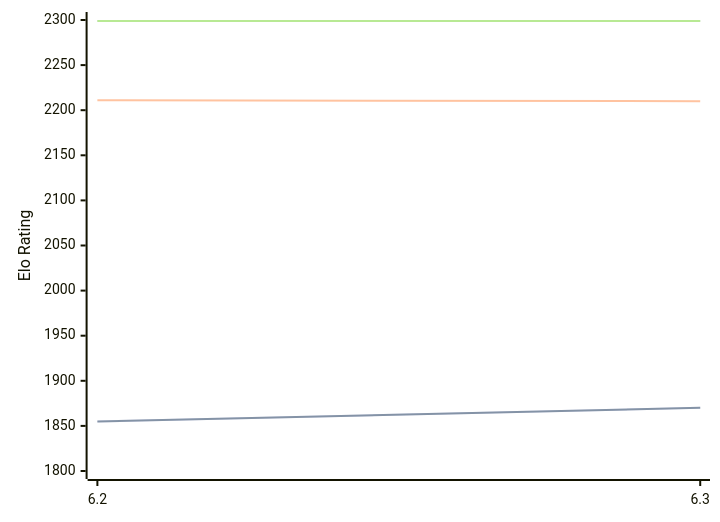
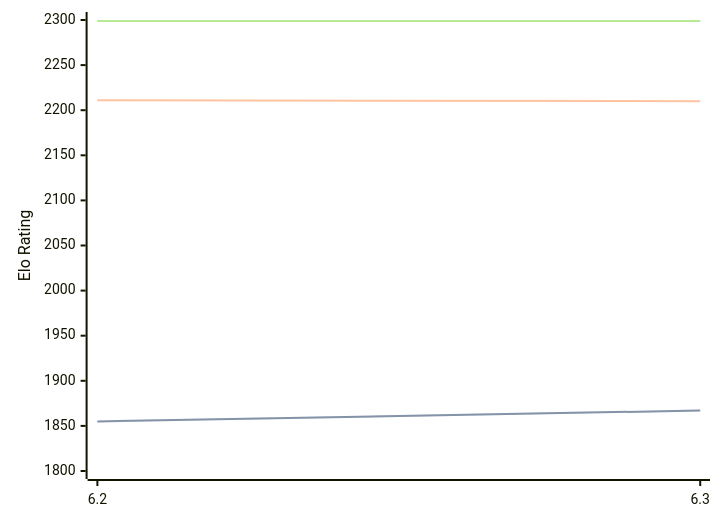
Before and after one commit to computer-chess-index/cci: the diagram in engines/chess4j.md, drawn with Mermaid. The commit also changed other lines of this file, not shown here.

````diff
--- a/engines/chess4j.md
+++ b/engines/chess4j.md
@@ -32,11 +32,11 @@
 ```mermaid
 %%{init: {"theme":"base","themeVariables":{"seriesColors:['#a3a3a3','#222221','#faa371']}}}%%
 xychart-beta
   x-axis ["6.2", "6.3"]
   y-axis "Elo Rating" 1800 --> 2300
-  line "" [1855, 1870]
-  line "STC (8.0+0.08s)" [1855, 1870]
+  line "" [1855, 1867]
+  line "STC (8.0+0.08s)" [1855, 1867]
   line "LTC (60.0+0.60s)" [2211, 2210]
   line "" [2299, 2299]
   line "VLTC (2m24s+1.12s)" [2299, 2299]
 ```
````
